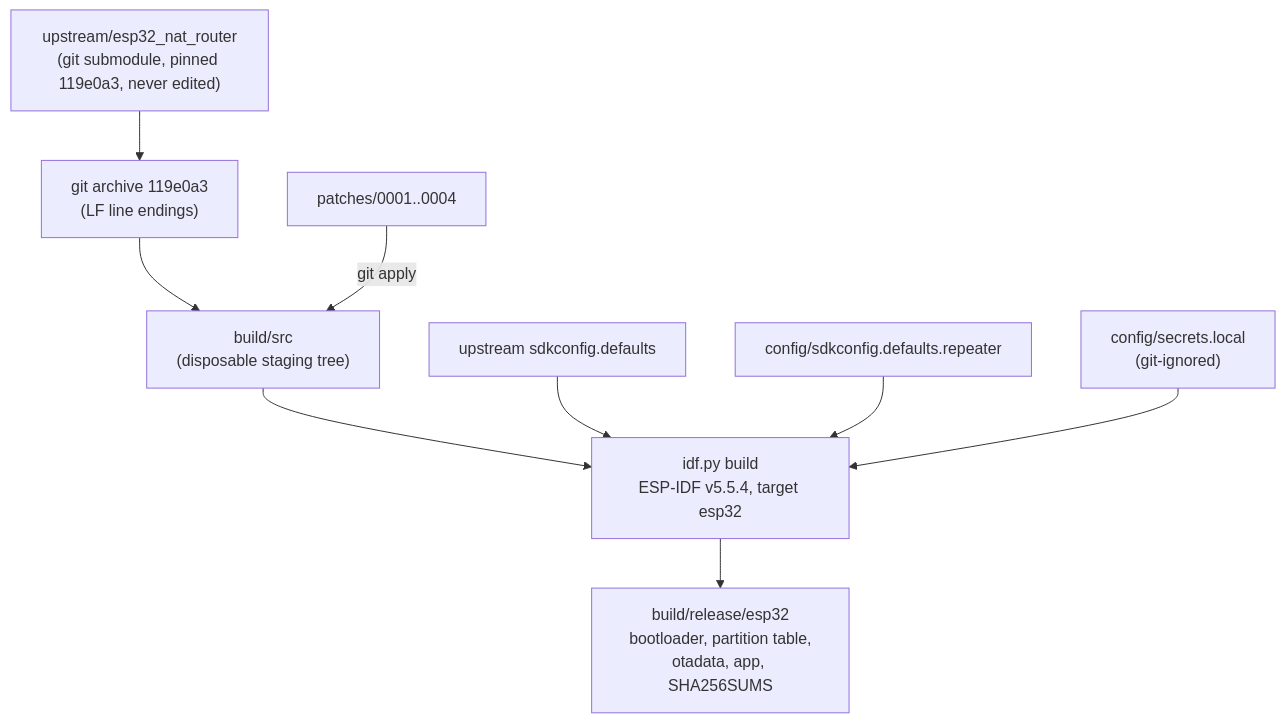
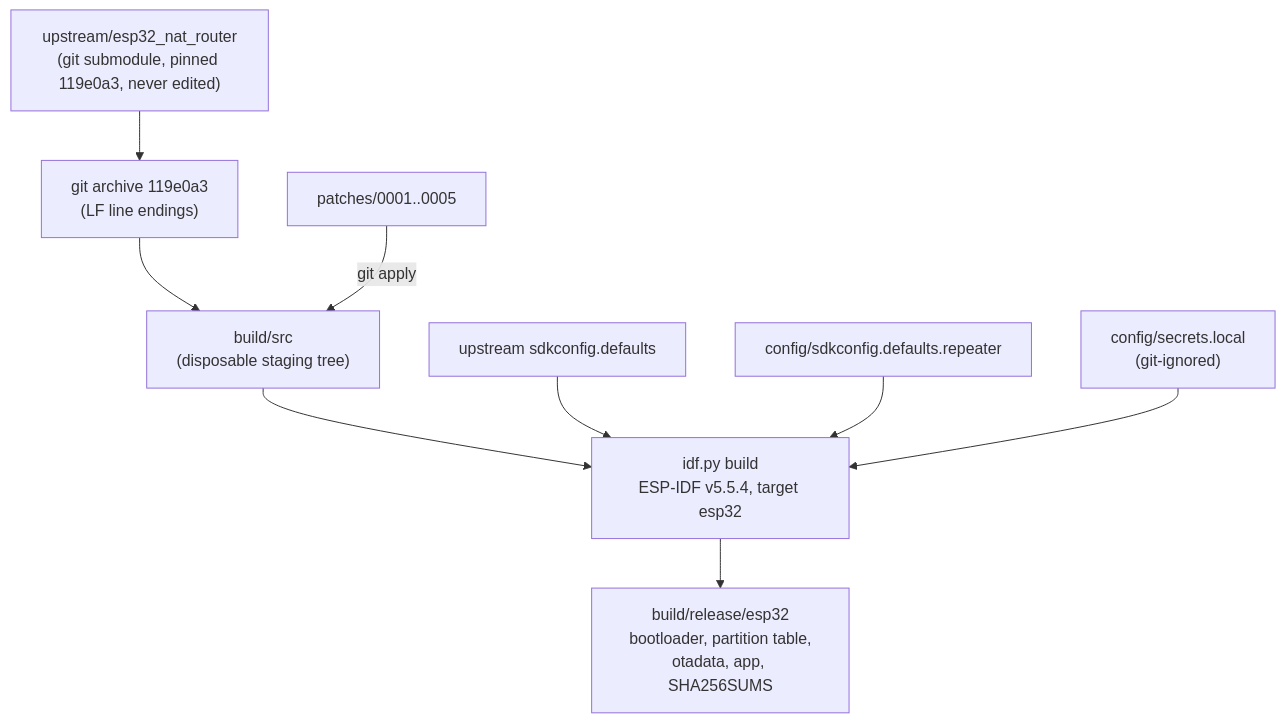
The third of 3 diagrams in docs/ARCHITECTURE.md (satyaidk/Esp32-wifi-repeater), drawn with Mermaid before and after one commit. The commit also changed other lines of this file and 21 other files, not shown here.

````diff
--- a/docs/ARCHITECTURE.md
+++ b/docs/ARCHITECTURE.md
@@ -246,19 +247,19 @@
 ```mermaid
 flowchart TB
     Sub["upstream/esp32_nat_router<br/>(git submodule, pinned 119e0a3, never edited)"]
     Arc["git archive 119e0a3<br/>(LF line endings)"]
     Src["build/src<br/>(disposable staging tree)"]
-    P["patches/0001..0004"]
+    P["patches/0001..0005"]
     D1["upstream sdkconfig.defaults"]
     D2["config/sdkconfig.defaults.repeater"]
     D3["config/secrets.local<br/>(git-ignored)"]
     IDF["idf.py build<br/>ESP-IDF v5.5.4, target esp32"]
     Out["build/release/esp32<br/>bootloader, partition table,<br/>otadata, app, SHA256SUMS"]
     Sub --> Arc --> Src
     P -->|git apply| Src
     Src --> IDF
     D1 --> IDF
     D2 --> IDF
     D3 --> IDF
     IDF --> Out
 ```
````
